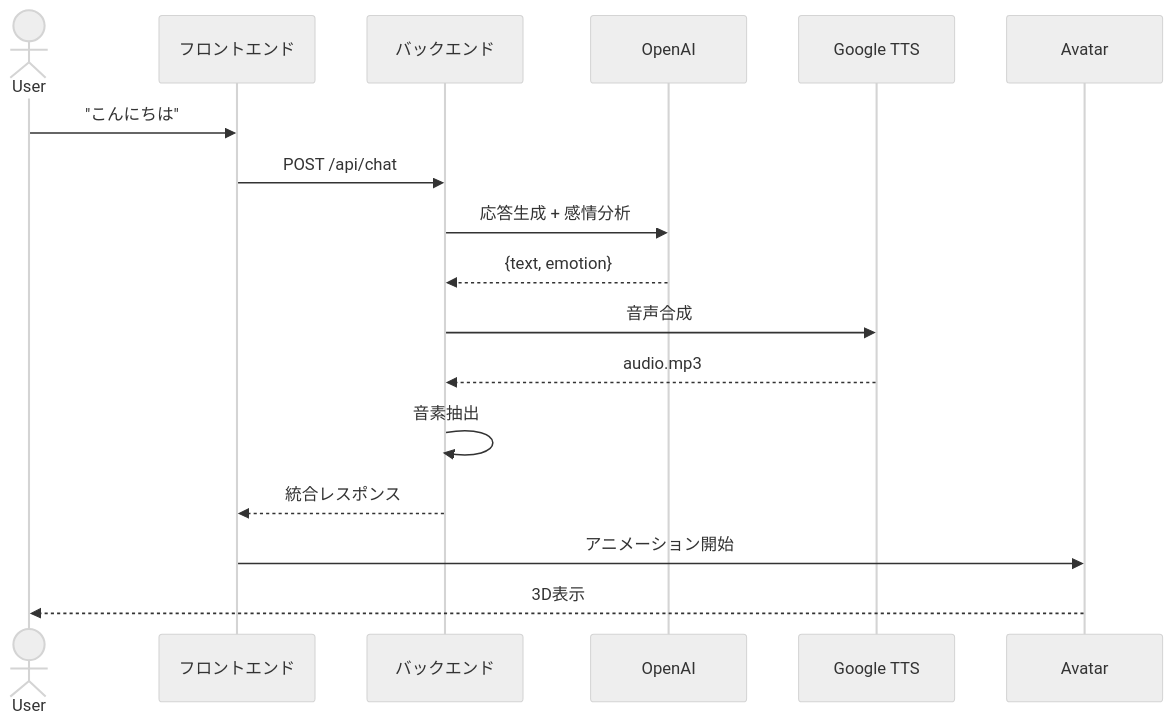
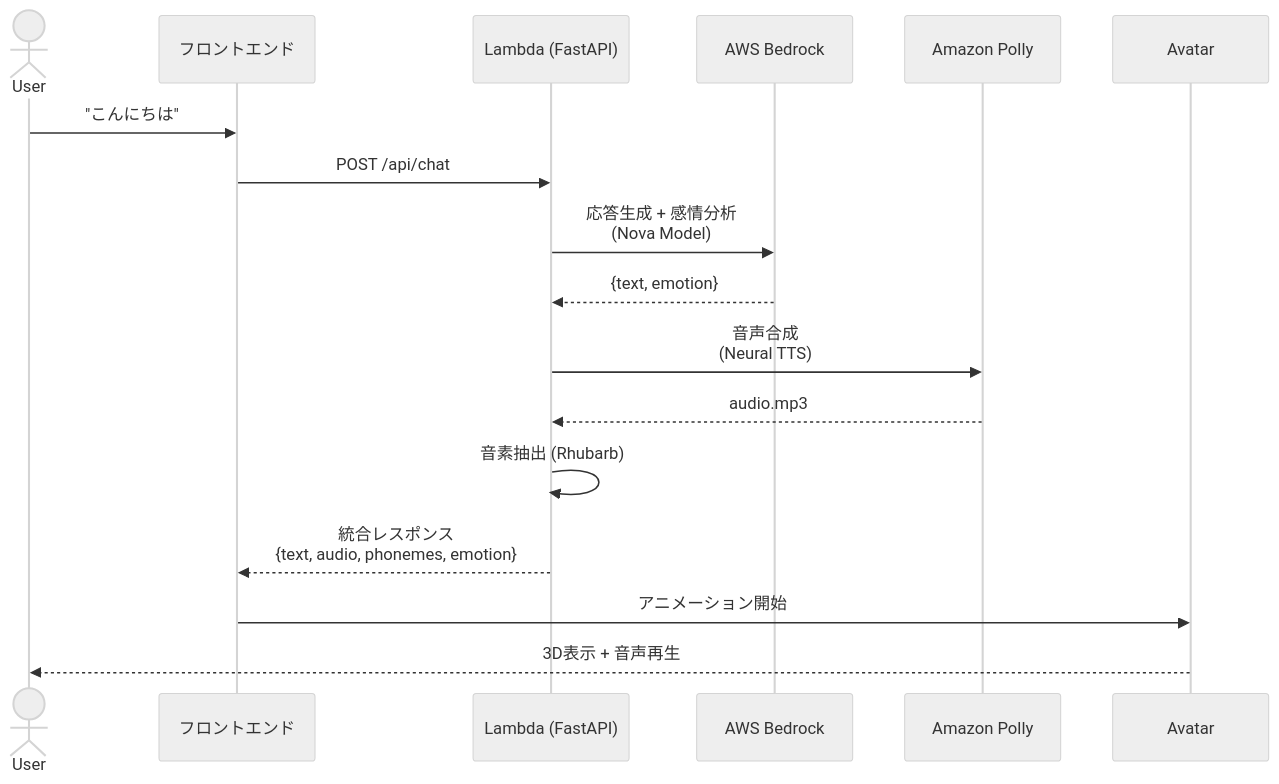
The second of 2 diagrams in document/02-システム構成.md (bucq/ai-avater), drawn with Mermaid (neutral theme) before and after one commit. The commit also changed other lines of this file and 49 other files, not shown here.

````diff
--- a/document/02-システム構成.md
+++ b/document/02-システム構成.md
@@ -111,20 +115,20 @@
 ```mermaid
 sequenceDiagram
     actor User
     participant UI as フロントエンド
-    participant API as バックエンド
-    participant OpenAI
-    participant TTS as Google TTS
+    participant API as Lambda (FastAPI)
+    participant Bedrock as AWS Bedrock
+    participant Polly as Amazon Polly
     participant Avatar
-    
+
     User->>UI: "こんにちは"
     UI->>API: POST /api/chat
-    API->>OpenAI: 応答生成 + 感情分析
-    OpenAI-->>API: {text, emotion}
-    API->>TTS: 音声合成
-    TTS-->>API: audio.mp3
-    API->>API: 音素抽出
-    API-->>UI: 統合レスポンス
+    API->>Bedrock: 応答生成 + 感情分析<br/>(Nova Model)
+    Bedrock-->>API: {text, emotion}
+    API->>Polly: 音声合成<br/>(Neural TTS)
+    Polly-->>API: audio.mp3
+    API->>API: 音素抽出 (Rhubarb)
+    API-->>UI: 統合レスポンス<br/>{text, audio, phonemes, emotion}
     UI->>Avatar: アニメーション開始
-    Avatar-->>User: 3D表示
+    Avatar-->>User: 3D表示 + 音声再生
 ```
````
